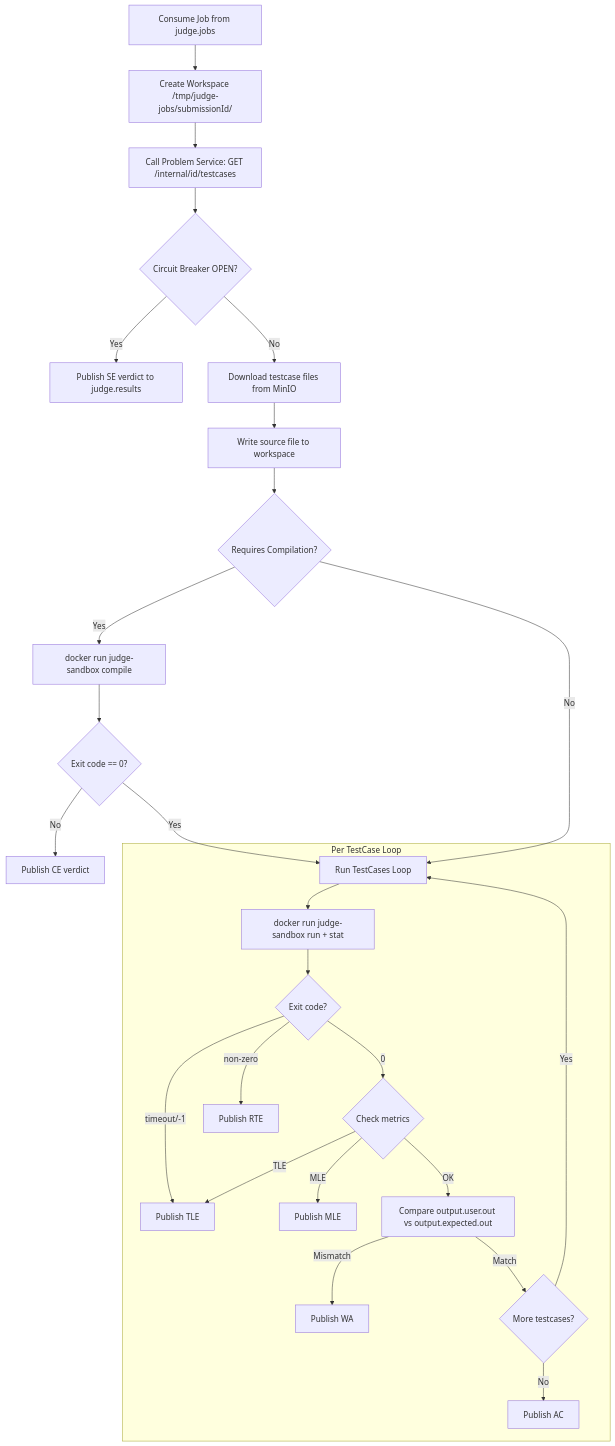
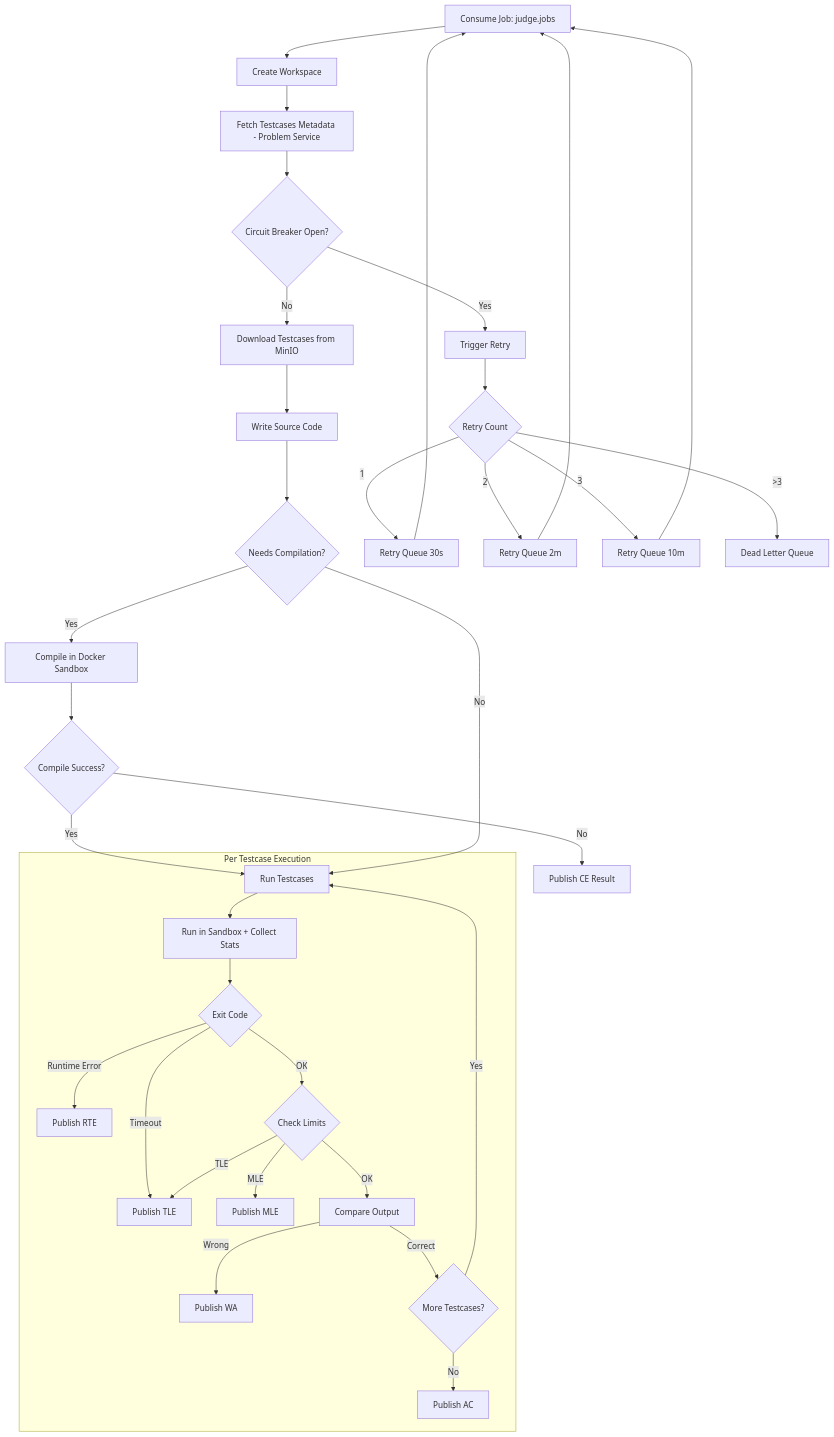
One commit to sson6926/Online-Judge-SOA changed the fourth of 4 diagrams in docs/analysis-and-design.md. Above: the diagram before and after it, drawn with Mermaid.

Commit message:
Update flowchart in analysis-and-design.md

````diff
--- a/docs/analysis-and-design.md
+++ b/docs/analysis-and-design.md
@@ -222,32 +222,52 @@
 ```mermaid
 flowchart TD
-    A[Consume Job from judge.jobs] --> B[Create Workspace /tmp/judge-jobs/submissionId/]
-    B --> C[Call Problem Service: GET /internal/id/testcases]
-    C --> D{Circuit Breaker OPEN?}
-    D -- Yes --> E[Publish SE verdict to judge.results]
-    D -- No --> F[Download testcase files from MinIO]
-    F --> G[Write source file to workspace]
-    G --> H{Requires Compilation?}
-    H -- Yes --> I[docker run judge-sandbox compile]
-    I --> J{Exit code == 0?}
-    J -- No --> K[Publish CE verdict]
-    J -- Yes --> L[Run TestCases Loop]
-    H -- No --> L
+    A[Consume Job: judge.jobs] --> B[Create Workspace]
 
-    subgraph "Per TestCase Loop"
-        L --> M[docker run judge-sandbox run + stat]
-        M --> N{Exit code?}
-        N -- timeout/-1 --> O[Publish TLE]
-        N -- non-zero --> P[Publish RTE]
-        N -- 0 --> Q{Check metrics}
-        Q -- TLE --> O
-        Q -- MLE --> R[Publish MLE]
-        Q -- OK --> S[Compare output.user.out vs output.expected.out]
-        S -- Mismatch --> T[Publish WA]
-        S -- Match --> U{More testcases?}
-        U -- Yes --> L
-        U -- No --> V[Publish AC]
+    B --> C[Fetch Testcases Metadata - Problem Service]
+    C --> D{Circuit Breaker Open?}
+
+    D -- Yes --> R1[Trigger Retry]
+    D -- No --> E[Download Testcases from MinIO]
+
+    E --> F[Write Source Code]
+    F --> G{Needs Compilation?}
+
+    G -- Yes --> H[Compile in Docker Sandbox]
+    H --> I{Compile Success?}
+
+    I -- No --> CE[Publish CE Result]
+    I -- Yes --> L[Run Testcases]
+
+    G -- No --> L
+
+    subgraph "Per Testcase Execution"
+        L --> M[Run in Sandbox + Collect Stats]
+        M --> N{Exit Code}
+
+        N -- Timeout --> TLE[Publish TLE]
+        N -- Runtime Error --> RTE[Publish RTE]
+        N -- OK --> O{Check Limits}
+
+        O -- TLE --> TLE
+        O -- MLE --> MLE[Publish MLE]
+        O -- OK --> P[Compare Output]
+
+        P -- Wrong --> WA[Publish WA]
+        P -- Correct --> Q{More Testcases?}
+
+        Q -- Yes --> L
+        Q -- No --> AC[Publish AC]
     end
 
+    R1 --> R2{Retry Count}
+
+    R2 -- 1 --> Q1[Retry Queue 30s]
+    R2 -- 2 --> Q2[Retry Queue 2m]
+    R2 -- 3 --> Q3[Retry Queue 10m]
+    R2 -- >3 --> DLQ[Dead Letter Queue]
+
+    Q1 --> A
+    Q2 --> A
+    Q3 --> A
 
 ```
````
